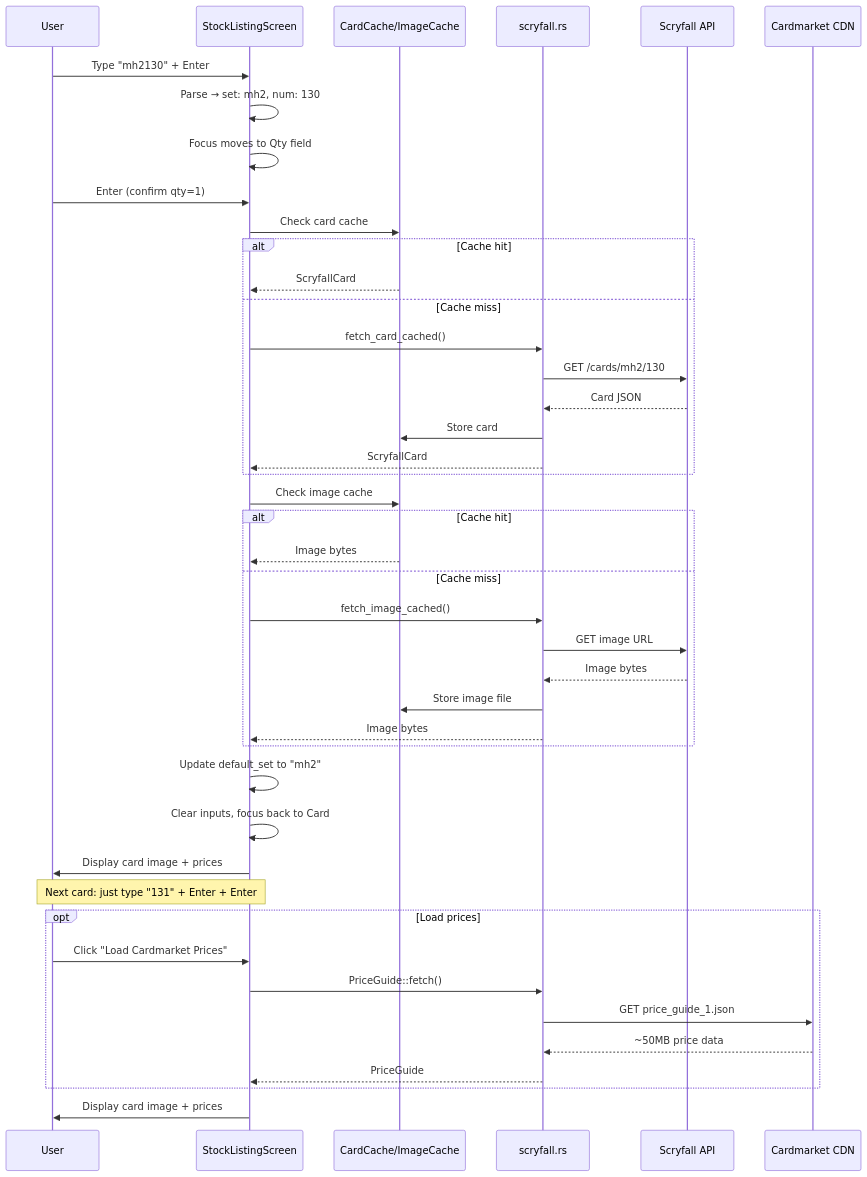
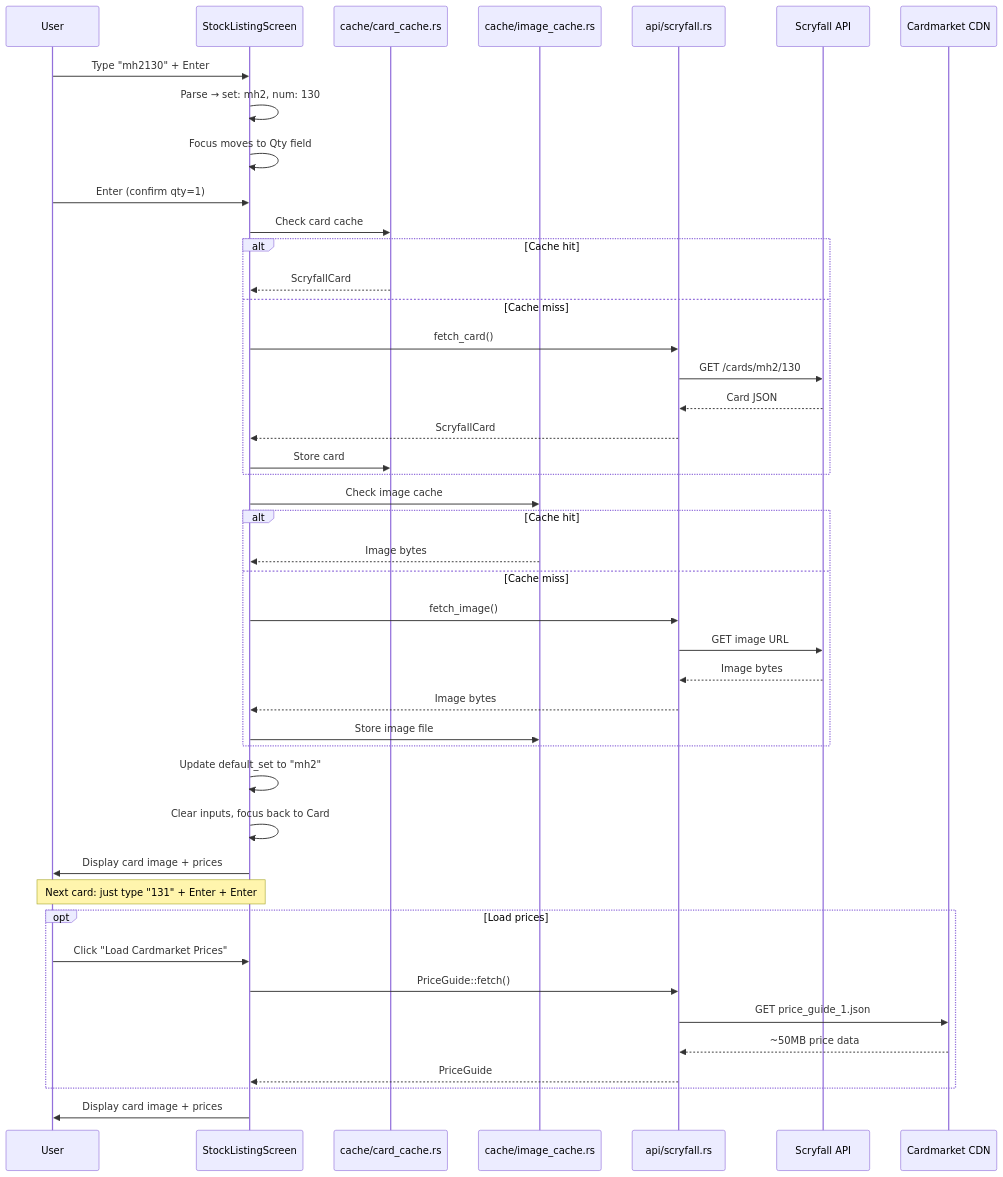
The fourth of 5 diagrams in check_stock/README.md (elheck/d2d_automations), drawn with Mermaid before and after one commit. The commit also changed other lines of this file, not shown here.

````diff
--- a/check_stock/README.md
+++ b/check_stock/README.md
@@ -182,53 +188,54 @@
 ```mermaid
 sequenceDiagram
     participant User
     participant GUI as StockListingScreen
-    participant Cache as CardCache/ImageCache
-    participant Scryfall as scryfall.rs
-    participant API as Scryfall API
+    participant CardCache as cache/card_cache.rs
+    participant ImageCache as cache/image_cache.rs
+    participant API as api/scryfall.rs
+    participant ScryfallAPI as Scryfall API
     participant CDN as Cardmarket CDN
     
     User->>GUI: Type "mh2130" + Enter
     GUI->>GUI: Parse → set: mh2, num: 130
     GUI->>GUI: Focus moves to Qty field
     
     User->>GUI: Enter (confirm qty=1)
     
-    GUI->>Cache: Check card cache
+    GUI->>CardCache: Check card cache
     alt Cache hit
-        Cache-->>GUI: ScryfallCard
+        CardCache-->>GUI: ScryfallCard
     else Cache miss
-        GUI->>Scryfall: fetch_card_cached()
-        Scryfall->>API: GET /cards/mh2/130
-        API-->>Scryfall: Card JSON
-        Scryfall->>Cache: Store card
-        Scryfall-->>GUI: ScryfallCard
+        GUI->>API: fetch_card()
+        API->>ScryfallAPI: GET /cards/mh2/130
+        ScryfallAPI-->>API: Card JSON
+        API-->>GUI: ScryfallCard
+        GUI->>CardCache: Store card
     end
     
-    GUI->>Cache: Check image cache
+    GUI->>ImageCache: Check image cache
     alt Cache hit
-        Cache-->>GUI: Image bytes
+        ImageCache-->>GUI: Image bytes
     else Cache miss
-        GUI->>Scryfall: fetch_image_cached()
-        Scryfall->>API: GET image URL
-        API-->>Scryfall: Image bytes
-        Scryfall->>Cache: Store image file
-        Scryfall-->>GUI: Image bytes
+        GUI->>API: fetch_image()
+        API->>ScryfallAPI: GET image URL
+        ScryfallAPI-->>API: Image bytes
+        API-->>GUI: Image bytes
+        GUI->>ImageCache: Store image file
     end
     
     GUI->>GUI: Update default_set to "mh2"
     GUI->>GUI: Clear inputs, focus back to Card
     GUI->>User: Display card image + prices
     
     Note over User,GUI: Next card: just type "131" + Enter + Enter
     
     opt Load prices
         User->>GUI: Click "Load Cardmarket Prices"
-        GUI->>Scryfall: PriceGuide::fetch()
-        Scryfall->>CDN: GET price_guide_1.json
-        CDN-->>Scryfall: ~50MB price data
-        Scryfall-->>GUI: PriceGuide
+        GUI->>API: PriceGuide::fetch()
+        API->>CDN: GET price_guide_1.json
+        CDN-->>API: ~50MB price data
+        API-->>GUI: PriceGuide
     end
     
     GUI->>User: Display card image + prices
 ```
````
